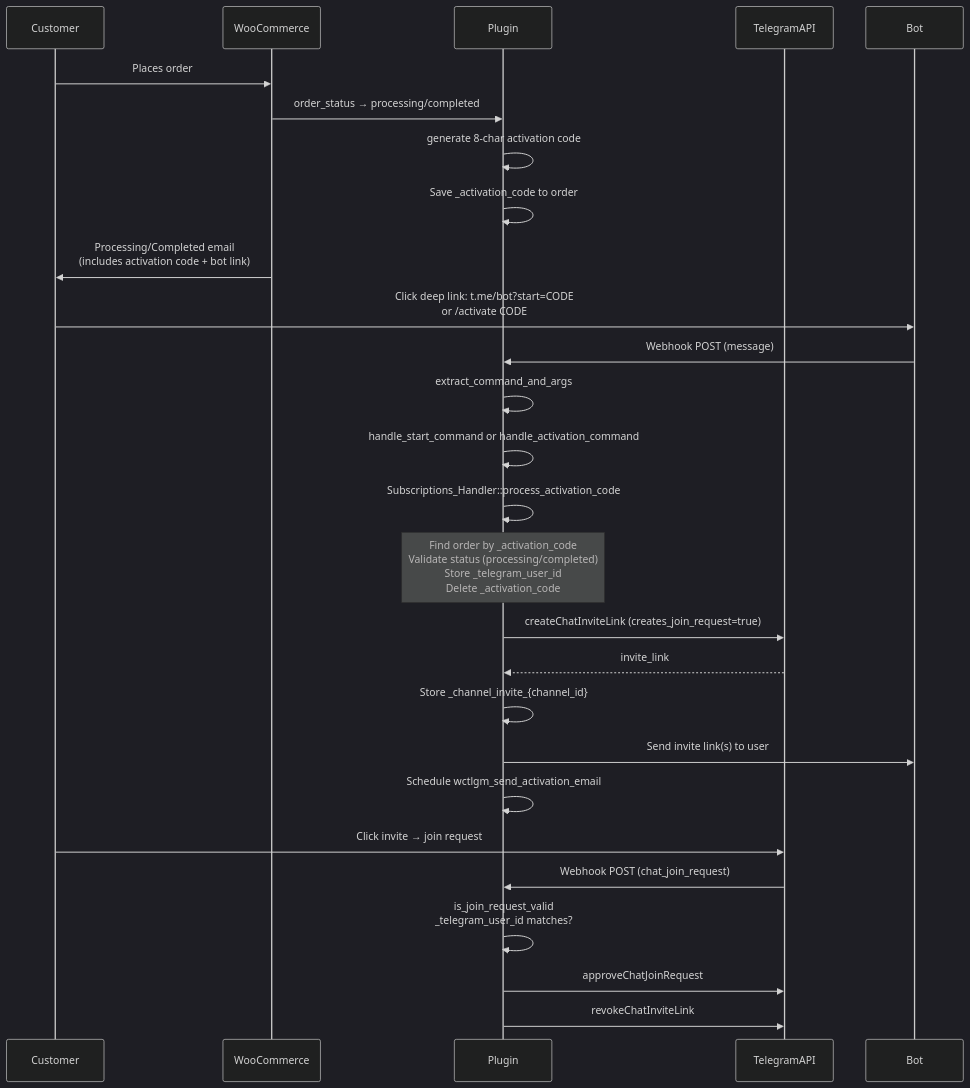
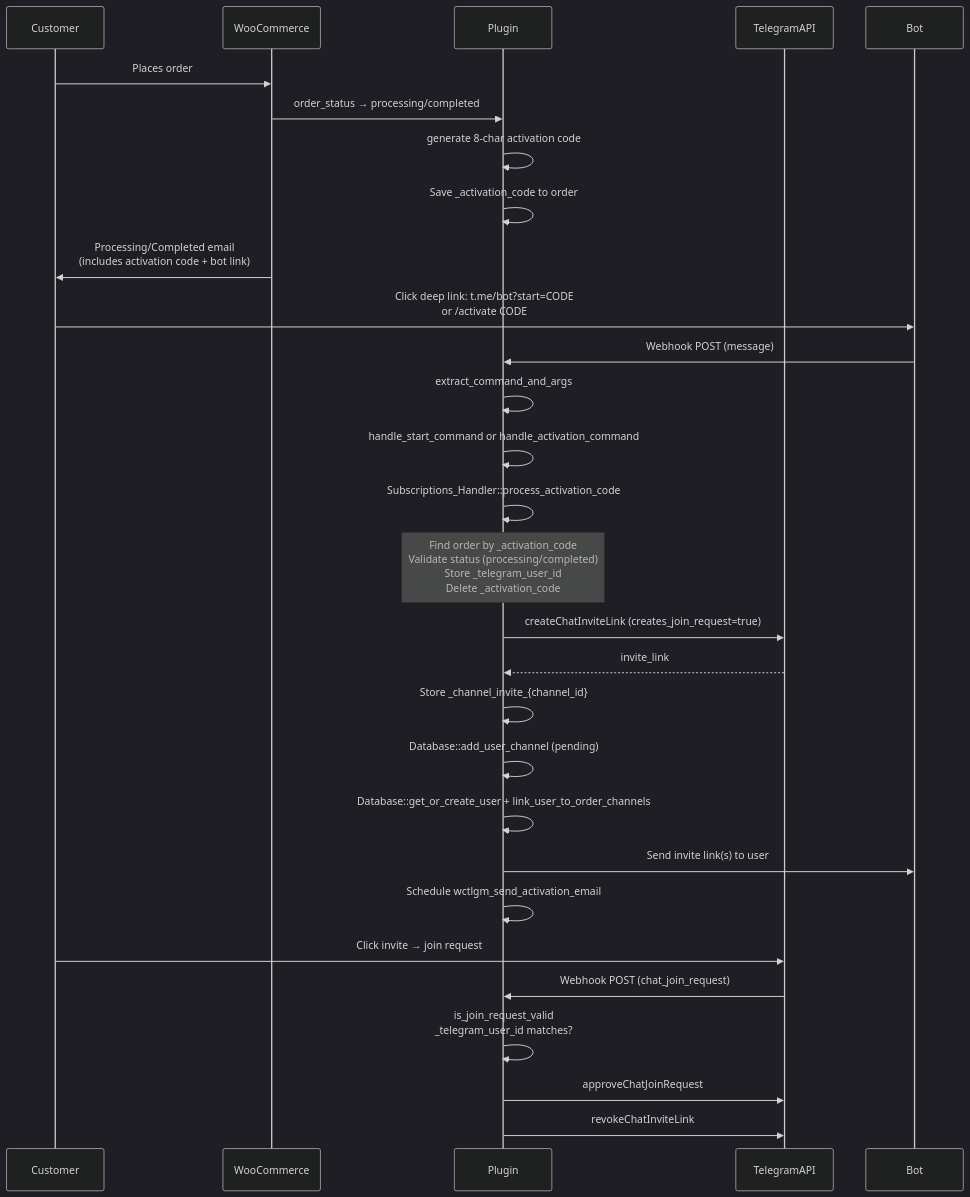
Before and after one commit to nickpagz/wctlgm-subscriber-manager-lite: the third of 6 diagrams in agent-context/DATA-FLOW.md, drawn with Mermaid (dark theme). The commit also changed other lines of this file and 19 other files, not shown here.

````diff
--- a/agent-context/DATA-FLOW.md
+++ b/agent-context/DATA-FLOW.md
@@ -65,38 +78,40 @@
 ```mermaid
 sequenceDiagram
     participant Customer
     participant WooCommerce
     participant Plugin
     participant TelegramAPI
     participant Bot
 
     Customer->>WooCommerce: Places order
     WooCommerce->>Plugin: order_status → processing/completed
     Plugin->>Plugin: generate 8-char activation code
     Plugin->>Plugin: Save _activation_code to order
 
     WooCommerce->>Customer: Processing/Completed email<br>(includes activation code + bot link)
 
     Customer->>Bot: Click deep link: t.me/bot?start=CODE<br>or /activate CODE
 
     Bot->>Plugin: Webhook POST (message)
     Plugin->>Plugin: extract_command_and_args
     Plugin->>Plugin: handle_start_command or handle_activation_command
 
     Plugin->>Plugin: Subscriptions_Handler::process_activation_code
     Note over Plugin: Find order by _activation_code<br>Validate status (processing/completed)<br>Store _telegram_user_id<br>Delete _activation_code
 
     Plugin->>TelegramAPI: createChatInviteLink (creates_join_request=true)
     TelegramAPI-->>Plugin: invite_link
     Plugin->>Plugin: Store _channel_invite_{channel_id}
+    Plugin->>Plugin: Database::add_user_channel (pending)
+    Plugin->>Plugin: Database::get_or_create_user + link_user_to_order_channels
 
     Plugin->>Bot: Send invite link(s) to user
     Plugin->>Plugin: Schedule wctlgm_send_activation_email
 
     Customer->>TelegramAPI: Click invite → join request
     TelegramAPI->>Plugin: Webhook POST (chat_join_request)
 
     Plugin->>Plugin: is_join_request_valid<br>_telegram_user_id matches?
     Plugin->>TelegramAPI: approveChatJoinRequest
     Plugin->>TelegramAPI: revokeChatInviteLink
 ```
````
